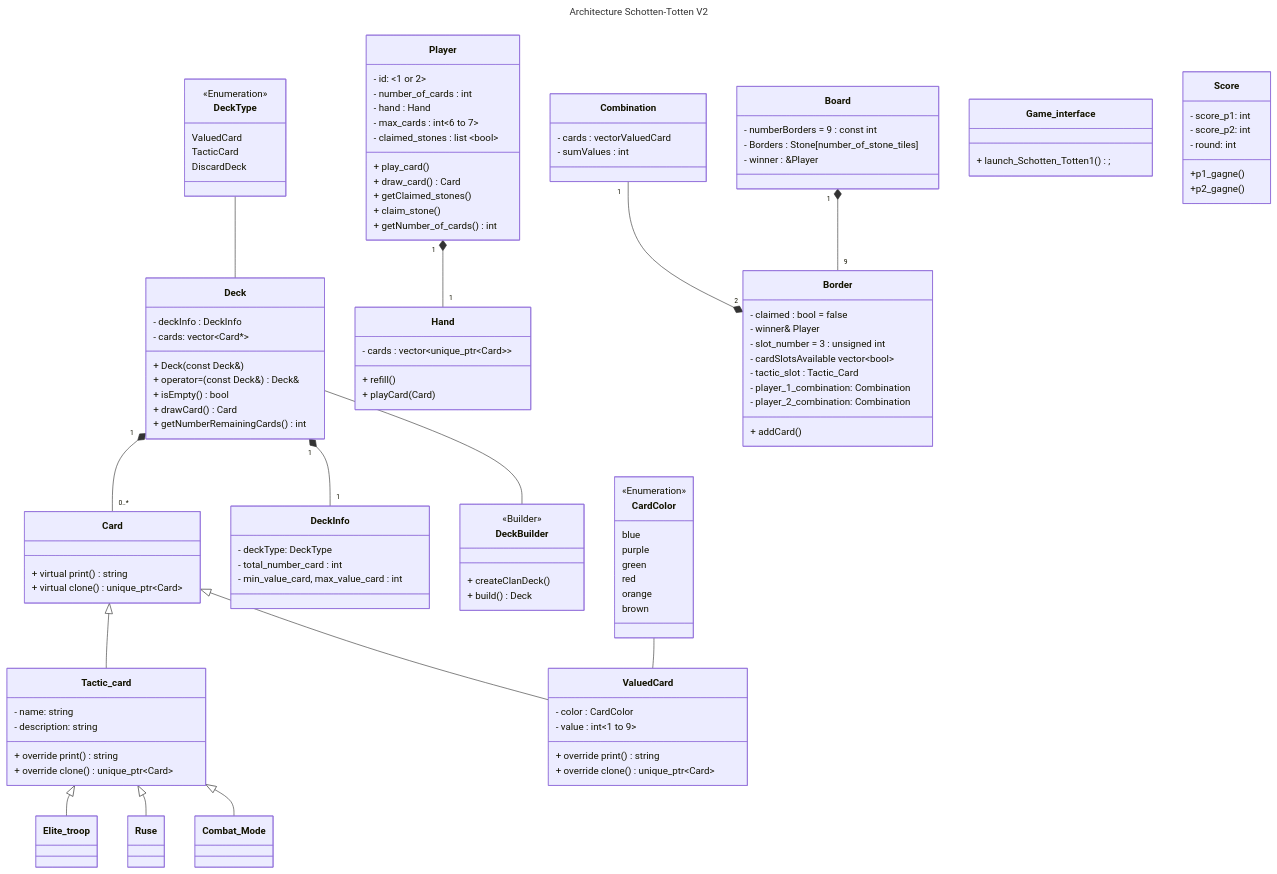
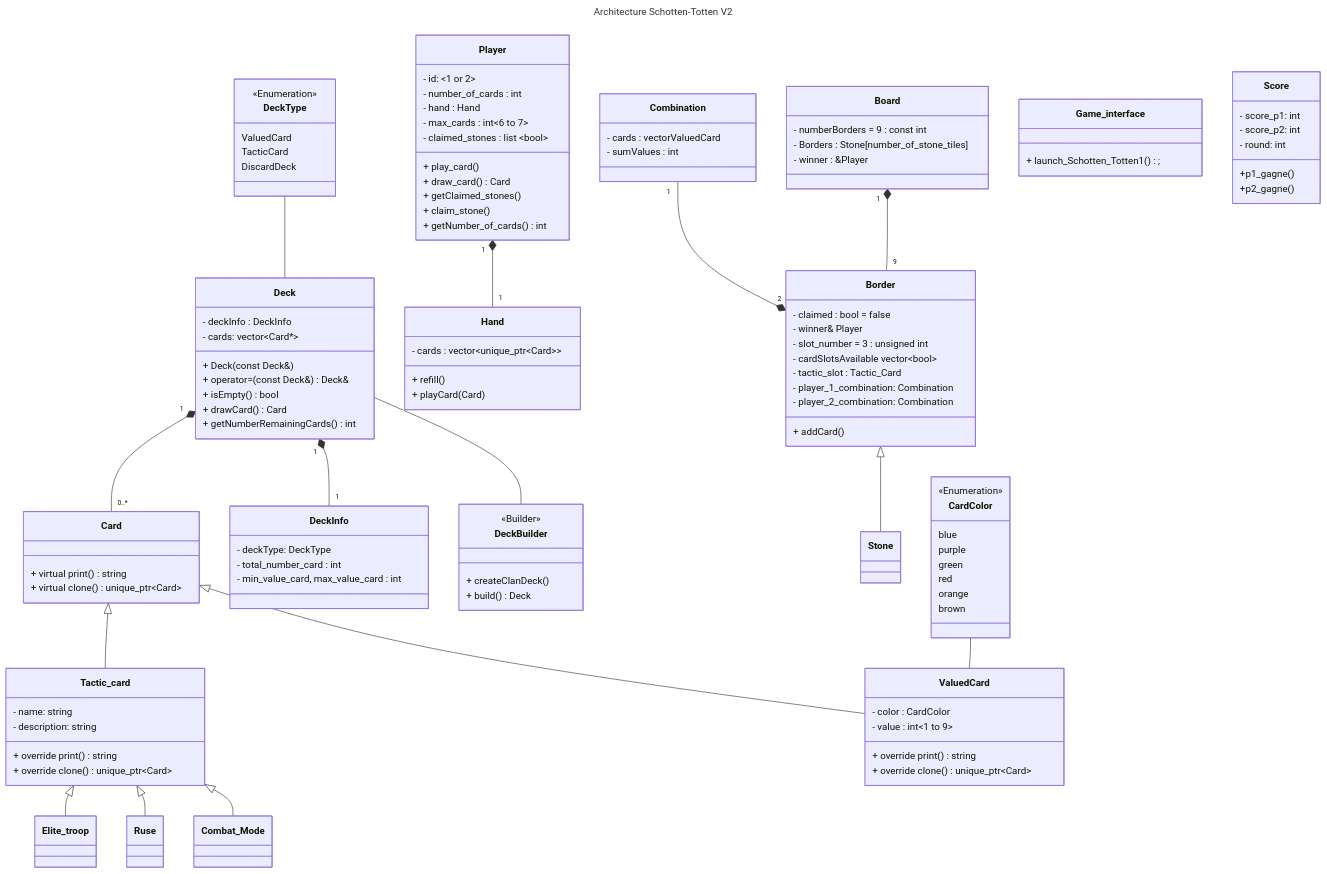
The first of 2 diagrams in documentation/UML_v2.md (kilaposhi/Schotten-Totten), drawn with Mermaid before and after one commit. The commit also changed 5 other files, not shown here.

Commit message:
+ Class Border + Class Combinaison + modification UML V2 (ajout Stone) + modification Class Stone (qui devient seulement une class par ref sur Border)

```diff
--- a/documentation/UML_v2.md
+++ b/documentation/UML_v2.md
@@ -20,6 +20,7 @@
     Player "1"*--"1" Hand
     Combination "1" --* "2" Border
     Board "1" *-- "9" Border
+    Border <|-- Stone
     Tactic_card <|-- Elite_troop
     Tactic_card <|-- Ruse
     Tactic_card <|-- Combat_Mode
@@ -71,6 +72,10 @@
     - player_1_combination: Combination
     - player_2_combination:  Combination
     + addCard()
+}
+
+class Stone{
+    
 }
 
 class Hand {
```
